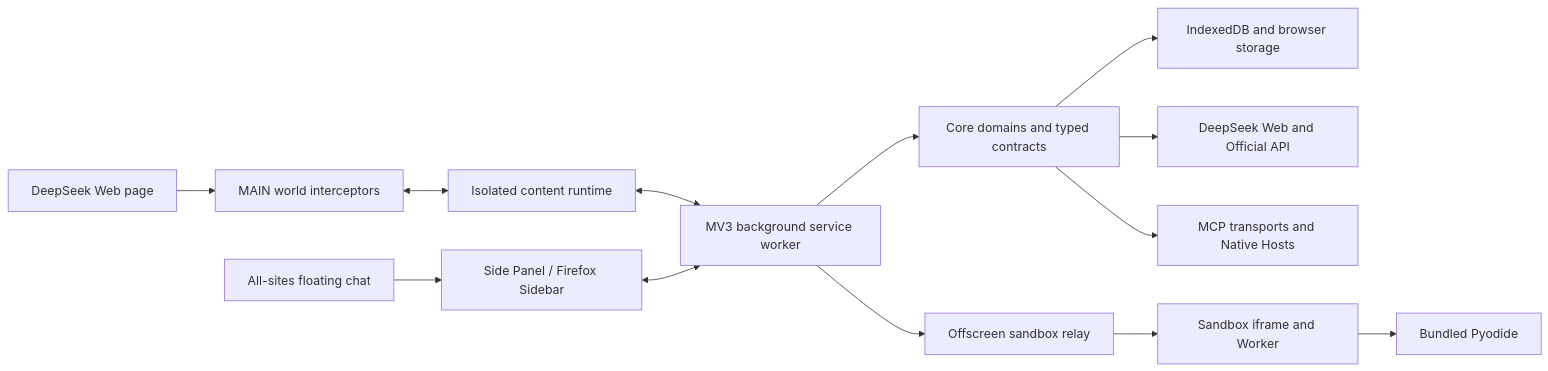
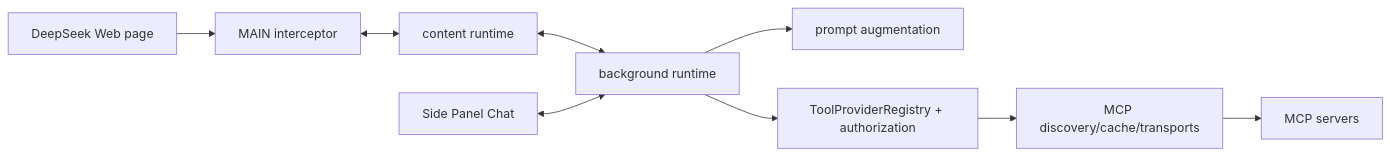
Before and after one commit to iiSwxft/DS-ide-to-web: the diagram in docs/analysis/project-overview.md, drawn with Mermaid. The commit also changed other lines of this file and 64 other files, not shown here.

Commit message:
Introduce MCP capability plane and tighten tool runtime contracts

````diff
--- a/docs/analysis/project-overview.md
+++ b/docs/analysis/project-overview.md
@@ -29,15 +13,11 @@
 ```mermaid
 flowchart LR
-    Page["DeepSeek Web page"] --> Main["MAIN world interceptors"]
-    Main <--> Content["Isolated content runtime"]
-    Content <--> BG["MV3 background service worker"]
-    Side["Side Panel / Firefox Sidebar"] <--> BG
-    Floating["All-sites floating chat"] --> Side
-    BG --> Domain["Core domains and typed contracts"]
-    Domain --> Local["IndexedDB and browser storage"]
-    Domain --> DeepSeek["DeepSeek Web and Official API"]
-    Domain --> MCP["MCP transports and Native Hosts"]
-    BG --> Offscreen["Offscreen sandbox relay"]
-    Offscreen --> Runner["Sandbox iframe and Worker"]
-    Runner --> Pyodide["Bundled Pyodide"]
+  Page["DeepSeek Web page"] --> Main["MAIN interceptor"]
+  Main <--> Content["content runtime"]
+  Content <--> BG["background runtime"]
+  Side["Side Panel Chat"] <--> BG
+  BG --> Prompt["prompt augmentation"]
+  BG --> ToolRuntime["ToolProviderRegistry + authorization"]
+  ToolRuntime --> Mcp["MCP discovery/cache/transports"]
+  Mcp --> Servers["MCP servers"]
 ```
````
